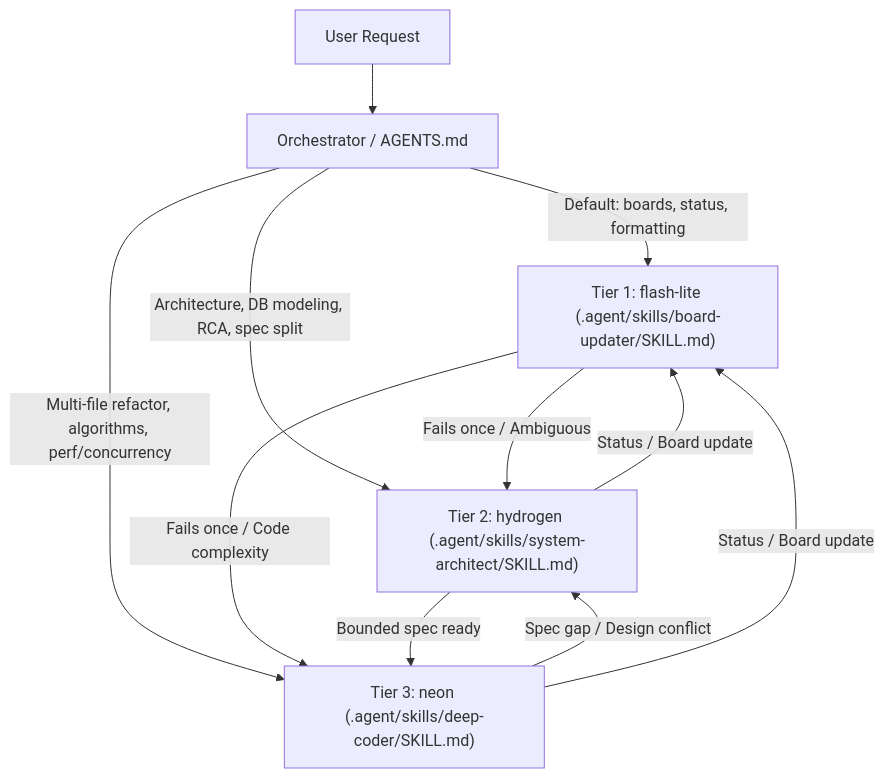
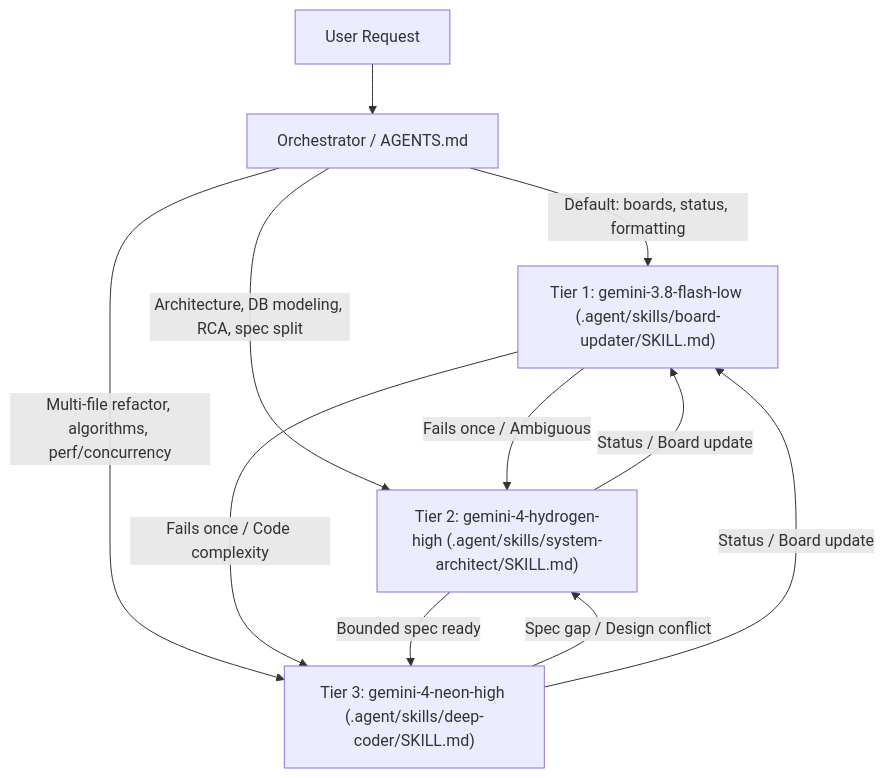
Before and after one commit to Anuphap2/antigravity-swarm-router: the diagram in README.md, drawn with Mermaid. The commit also changed other lines of this file and 6 other files, not shown here.

Commit message:
fix: align default swarm model IDs, board protocol, and install.sh tty check

````diff
--- a/README.md
+++ b/README.md
@@ -19,14 +19,14 @@
 ```mermaid
 flowchart TD
     U[User Request] --> C[Orchestrator / AGENTS.md]
-    C -->|Default: boards, status, formatting| T1["Tier 1: flash-lite (.agent/skills/board-updater/SKILL.md)"]
-    C -->|Architecture, DB modeling, RCA, spec split| T2["Tier 2: hydrogen (.agent/skills/system-architect/SKILL.md)"]
-    C -->|Multi-file refactor, algorithms, perf/concurrency| T3["Tier 3: neon (.agent/skills/deep-coder/SKILL.md)"]
+    C -->|Default: boards, status, formatting| T1["Tier 1: gemini-3.8-flash-low (.agent/skills/board-updater/SKILL.md)"]
+    C -->|Architecture, DB modeling, RCA, spec split| T2["Tier 2: gemini-4-hydrogen-high (.agent/skills/system-architect/SKILL.md)"]
+    C -->|Multi-file refactor, algorithms, perf/concurrency| T3["Tier 3: gemini-4-neon-high (.agent/skills/deep-coder/SKILL.md)"]
 
     T1 -->|Fails once / Ambiguous| T2
     T1 -->|Fails once / Code complexity| T3
     T2 -->|Bounded spec ready| T3
     T3 -->|Spec gap / Design conflict| T2
     T2 -->|Status / Board update| T1
     T3 -->|Status / Board update| T1
 ```
````
